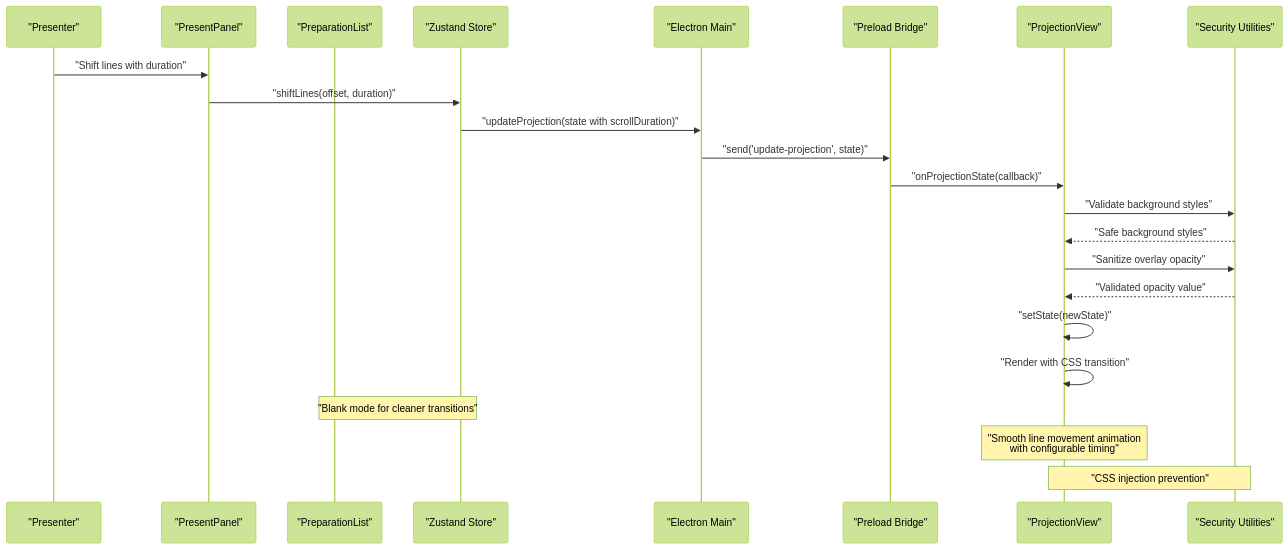
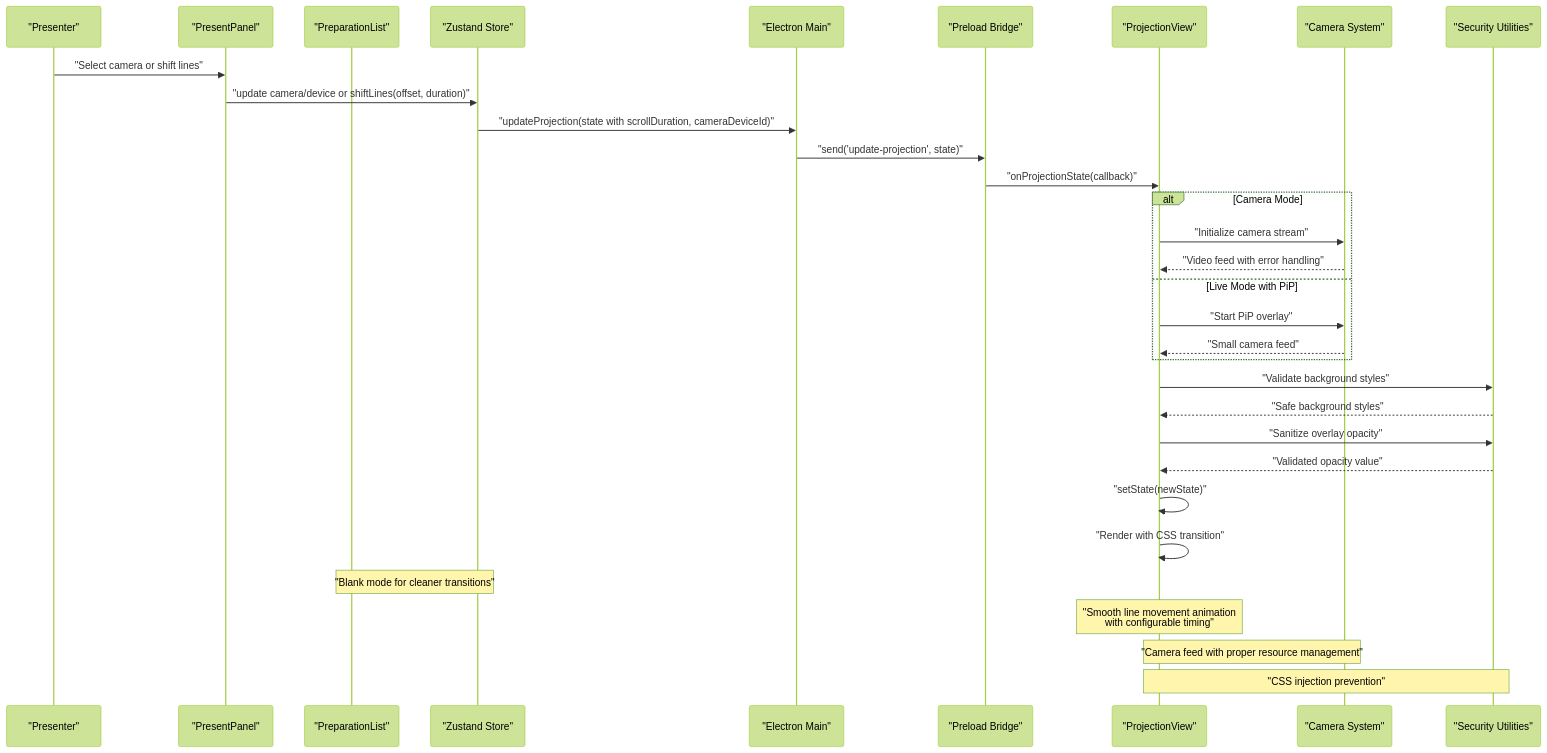
Before and after one commit to jimmywyk/lyricdeck: the second of 16 diagrams in .qoder/repowiki/en/content/User Interface Components/Projection View Component.md, drawn with Mermaid (forest theme). The commit also changed other lines of this file and 5 other files, not shown here.

````diff
--- a/.qoder/repowiki/en/content/User Interface Components/Projection View Component.md
+++ b/.qoder/repowiki/en/content/User Interface Components/Projection View Component.md
@@ -148,25 +169,34 @@
 ```mermaid
 sequenceDiagram
 participant Presenter as "Presenter"
 participant PresentPanel as "PresentPanel"
 participant PreparationList as "PreparationList"
 participant Store as "Zustand Store"
 participant Main as "Electron Main"
 participant Preload as "Preload Bridge"
 participant Projection as "ProjectionView"
+participant Camera as "Camera System"
 participant Security as "Security Utilities"
-Presenter->>PresentPanel : "Shift lines with duration"
-PresentPanel->>Store : "shiftLines(offset, duration)"
-Store->>Main : "updateProjection(state with scrollDuration)"
+Presenter->>PresentPanel : "Select camera or shift lines"
+PresentPanel->>Store : "update camera/device or shiftLines(offset, duration)"
+Store->>Main : "updateProjection(state with scrollDuration, cameraDeviceId)"
 Main->>Preload : "send('update-projection', state)"
 Preload->>Projection : "onProjectionState(callback)"
+alt Camera Mode
+Projection->>Camera : "Initialize camera stream"
+Camera-->>Projection : "Video feed with error handling"
+else Live Mode with PiP
+Projection->>Camera : "Start PiP overlay"
+Camera-->>Projection : "Small camera feed"
+end
 Projection->>Security : "Validate background styles"
 Security-->>Projection : "Safe background styles"
 Projection->>Security : "Sanitize overlay opacity"
 Security-->>Projection : "Validated opacity value"
 Projection->>Projection : "setState(newState)"
 Projection->>Projection : "Render with CSS transition"
 Note over PreparationList,Store : "Blank mode for cleaner transitions"
 Note over Projection : "Smooth line movement animation<br/>with configurable timing"
+Note over Camera,Projection : "Camera feed with proper resource management"
 Note over Security,Projection : "CSS injection prevention"
 ```
````
